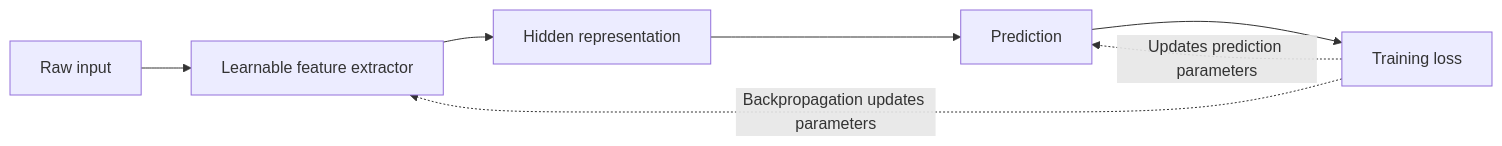
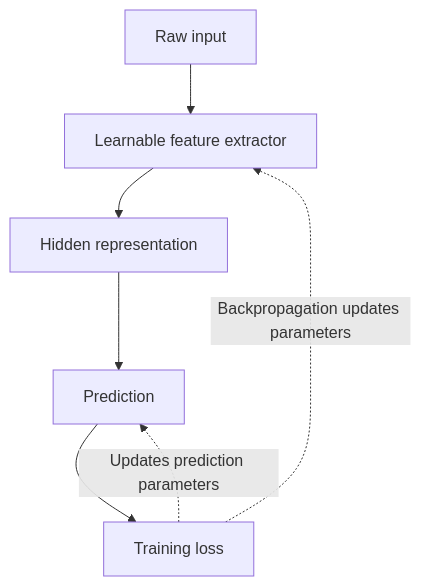
One commit to neoaksa/neoaksa.github.io changed the second of 6 diagrams in _posts/2026-11-17-dimensions-and-features.md. Above: the diagram before and after it, drawn with Mermaid. The commit also changed other lines of this file and 6 other files, not shown here.

````diff
--- a/_posts/2026-11-17-dimensions-and-features.md
+++ b/_posts/2026-11-17-dimensions-and-features.md
@@ -112,9 +108,9 @@
 ```mermaid
-flowchart LR
+flowchart TD
     X["Raw input"] --> F["Learnable feature extractor"]
     F --> H["Hidden representation"]
     H --> P["Prediction"]
     P --> L["Training loss"]
     L -.->|"Backpropagation updates parameters"| F
     L -.->|"Updates prediction parameters"| P
 ```
````
